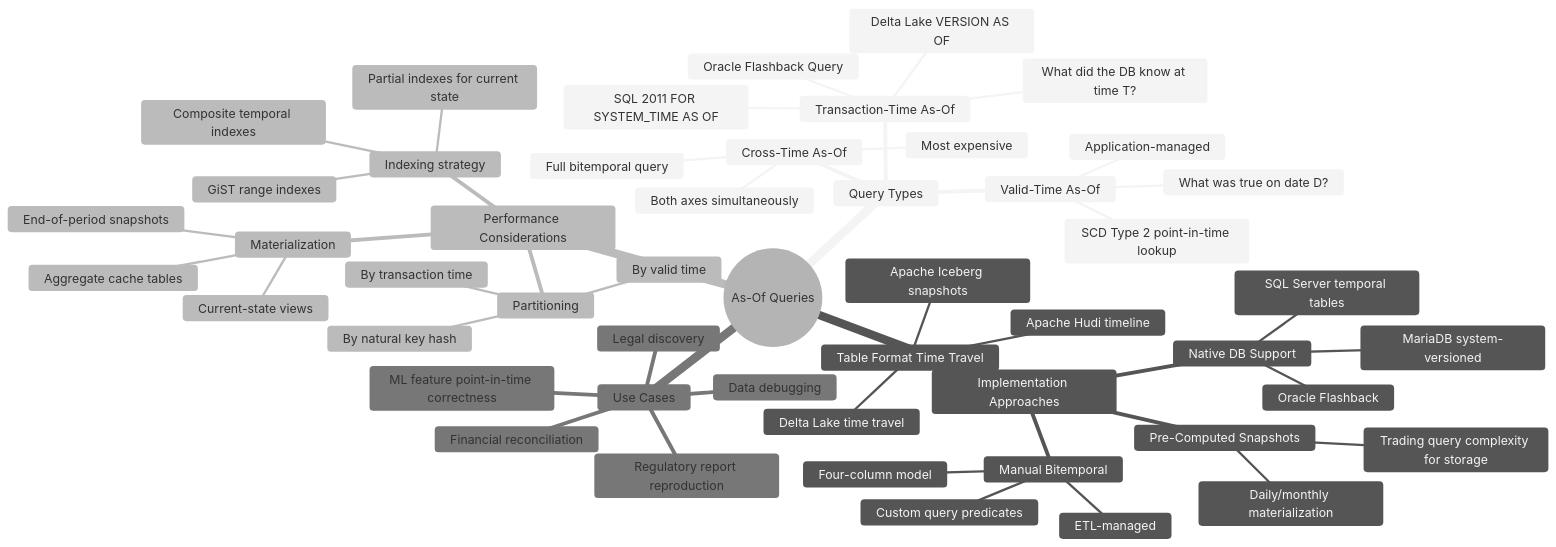
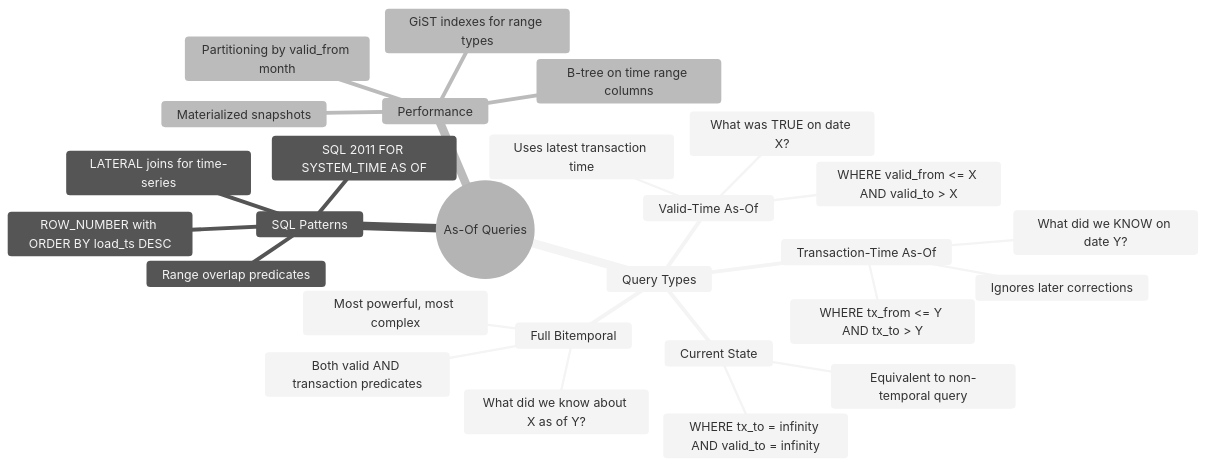
One commit to sivanagaraju/sparkantrigravity changed the diagram in PrincipleDataArchitect/01_Data_Modeling/04_Temporal_and_Bitemporal_Modeling/02_As_Of_Queries/01_Concept_Overview.md. Above: the diagram before and after it, drawn with Mermaid (neutral theme). The commit also changed other lines of this file and 79 other files, not shown here.

Commit message:
feat: Add comprehensive learning modules covering data modeling principles, NoSQL, graph databases, normalization, and database system internals.

````diff
--- a/PrincipleDataArchitect/01_Data_Modeling/04_Temporal_and_Bitemporal_Modeling/02_As_Of_Queries/01_Concept_Overview.md
+++ b/PrincipleDataArchitect/01_Data_Modeling/04_Temporal_and_Bitemporal_Modeling/02_As_Of_Queries/01_Concept_Overview.md
@@ -74,53 +17,30 @@
 ```mermaid
 mindmap
   root((As-Of Queries))
     Query Types
+      Current State
+        WHERE tx_to = infinity AND valid_to = infinity
+        Equivalent to non-temporal query
+      Valid-Time As-Of
+        What was TRUE on date X?
+        WHERE valid_from <= X AND valid_to > X
+        Uses latest transaction time
       Transaction-Time As-Of
-        What did the DB know at time T?
-        SQL 2011 FOR SYSTEM_TIME AS OF
-        Oracle Flashback Query
-        Delta Lake VERSION AS OF
-      Valid-Time As-Of
-        What was true on date D?
-        Application-managed
-        SCD Type 2 point-in-time lookup
-      Cross-Time As-Of
-        Both axes simultaneously
-        Full bitemporal query
-        Most expensive
-    Implementation Approaches
-      Native DB Support
-        SQL Server temporal tables
-        Oracle Flashback
-        MariaDB system-versioned
-      Table Format Time Travel
-        Delta Lake time travel
-        Apache Iceberg snapshots
-        Apache Hudi timeline
-      Manual Bitemporal
-        Four-column model
-        Custom query predicates
-        ETL-managed
-      Pre-Computed Snapshots
-        Daily/monthly materialization
-        Trading query complexity for storage
-    Performance Considerations
-      Indexing strategy
-        GiST range indexes
-        Composite temporal indexes
-        Partial indexes for current state
-      Materialization
-        Current-state views
-        End-of-period snapshots
-        Aggregate cache tables
-      Partitioning
-        By transaction time
-        By valid time
-        By natural key hash
-    Use Cases
-      Regulatory report reproduction
-      ML feature point-in-time correctness
-      Financial reconciliation
-      Legal discovery
-      Data debugging
+        What did we KNOW on date Y?
+        WHERE tx_from <= Y AND tx_to > Y
+        Ignores later corrections
+      Full Bitemporal
+        What did we know about X as of Y?
+        Both valid AND transaction predicates
+        Most powerful, most complex
+    SQL Patterns
+      Range overlap predicates
+      ROW_NUMBER with ORDER BY load_ts DESC
+      LATERAL joins for time-series
+      SQL 2011 FOR SYSTEM_TIME AS OF
+    Performance
+      B-tree on time range columns
+      GiST indexes for range types
+      Partitioning by valid_from month
+      Materialized snapshots
 ```
````
